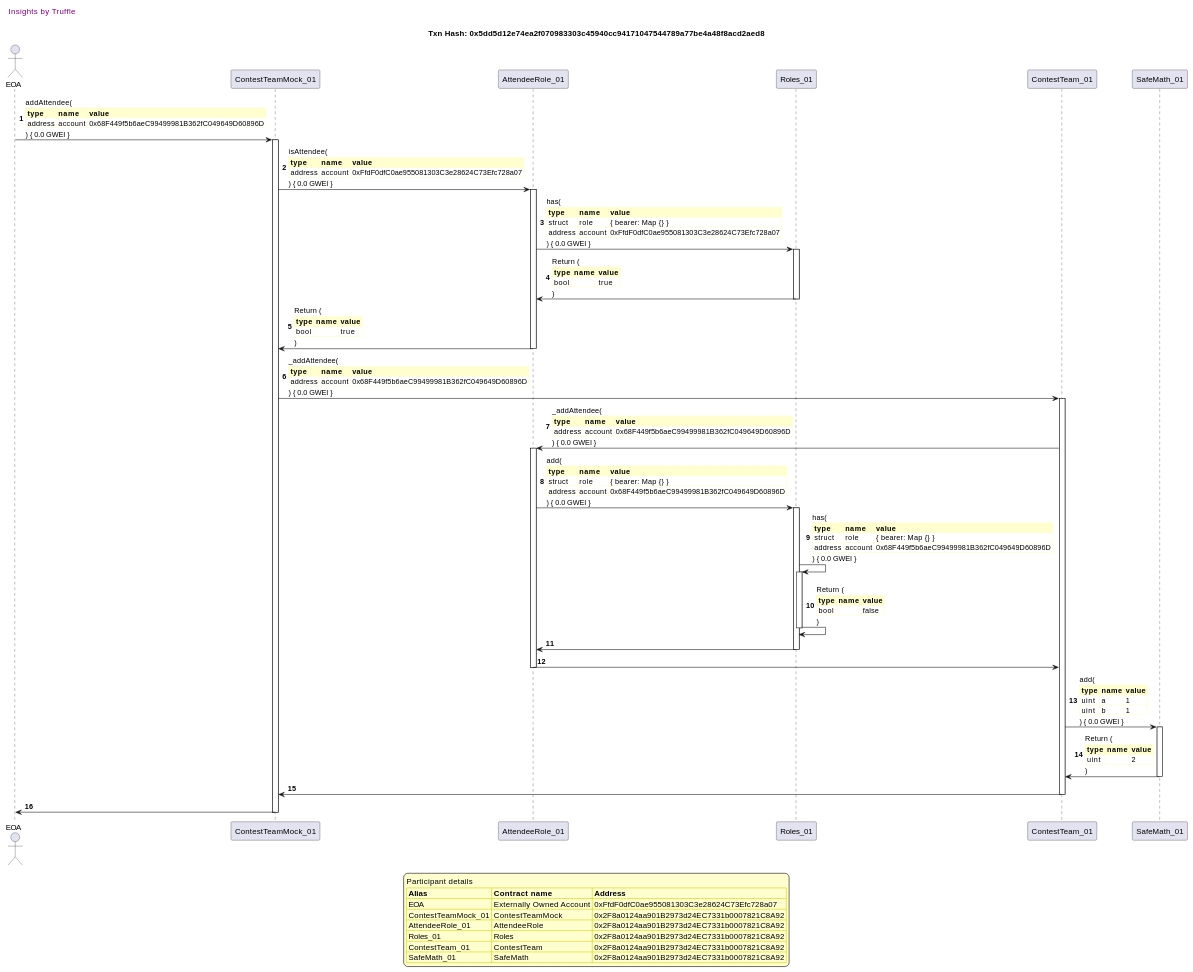
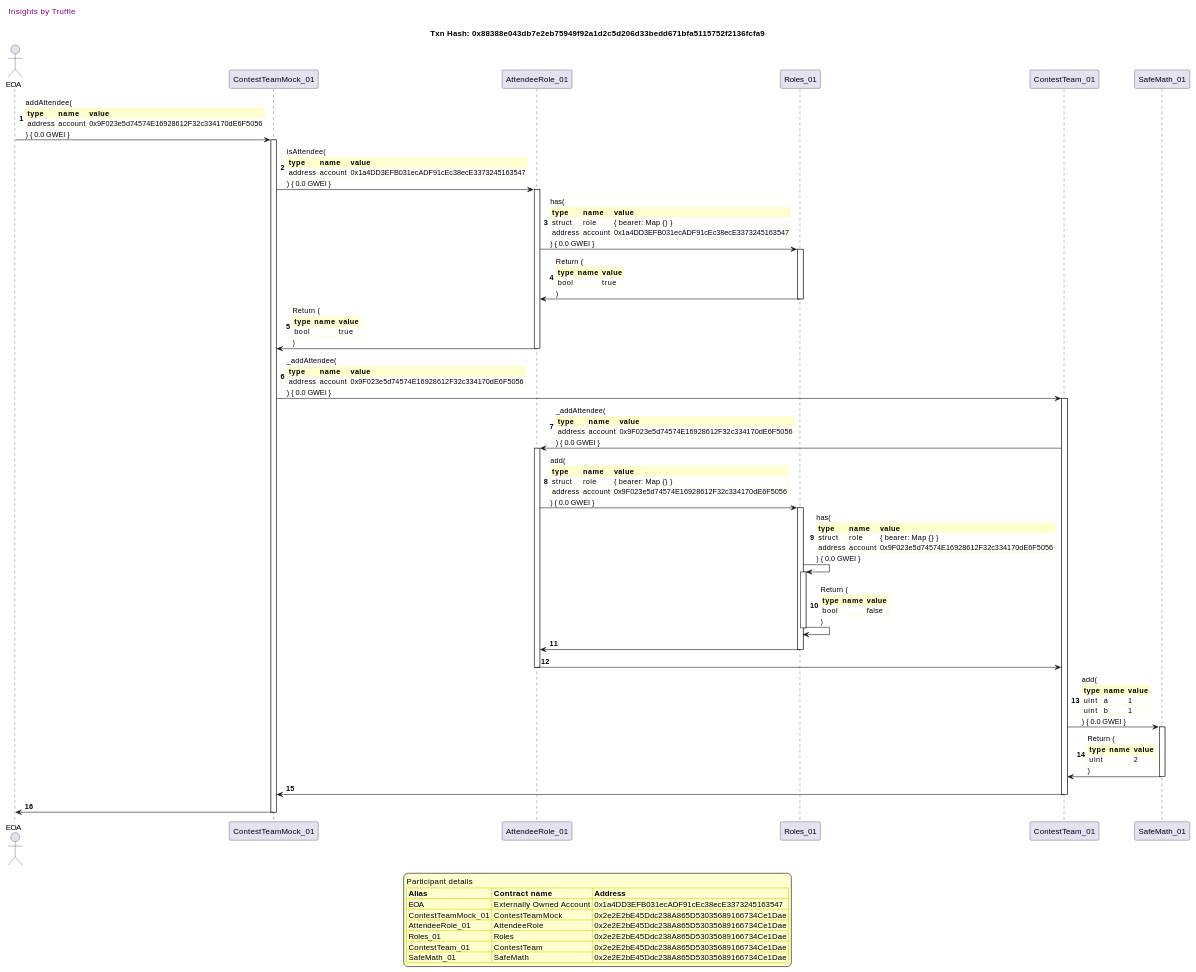
One commit to fodisi/hackapay changed the second of 50 diagrams in truffle-seq/core_contestteam.md. Above: the diagram before and after it, drawn with PlantUML. The commit also changed other lines of this file and 10 other files, not shown here.

```diff
--- a/truffle-seq/core_contestteam.md
+++ b/truffle-seq/core_contestteam.md
@@ -114,7 +114,7 @@
 
 header Insights by Truffle
 
-title Txn Hash: 0x5dd5d12e74ea2f070983303c45940cc94171047544789a77be4a48f8acd2aed8
+title Txn Hash: 0x88388e043db7e2eb75949f92a1d2c5d206d33bedd671bfa5115752f2136fcfa9
 
 
 actor EOA as "EOA"
@@ -126,16 +126,16 @@
 
 "EOA" -> "ContestTeamMock_01" ++: addAttendee(\n\
 <#FEFECE,#FEFECE>|= type |= name |= value |\n\
-| address | account | 0x68F449f5b6aeC99499981B362fC049649D60896D |\n\
+| address | account | 0x9F023e5d74574E16928612F32c334170dE6F5056 |\n\
 ) { 0.0 GWEI }
 "ContestTeamMock_01" -> "AttendeeRole_01" ++: isAttendee(\n\
 <#FEFECE,#FEFECE>|= type |= name |= value |\n\
-| address | account | 0xFfdF0dfC0ae955081303C3e28624C73Efc728a07 |\n\
+| address | account | 0x1a4DD3EFB031ecADF91cEc38ecE3373245163547 |\n\
 ) { 0.0 GWEI }
 "AttendeeRole_01" -> "Roles_01" ++: has(\n\
 <#FEFECE,#FEFECE>|= type |= name |= value |\n\
 | struct | role | { bearer: Map {} } |\n\
-| address | account | 0xFfdF0dfC0ae955081303C3e28624C73Efc728a07 |\n\
+| address | account | 0x1a4DD3EFB031ecADF91cEc38ecE3373245163547 |\n\
 ) { 0.0 GWEI }
 "Roles_01" -> "AttendeeRole_01" --: Return (\n\
 <#FEFECE,#FEFECE>|= type |= name |= value |\n\
@@ -147,21 +147,21 @@
 )
 "ContestTeamMock_01" -> "ContestTeam_01" ++: _addAttendee(\n\
 <#FEFECE,#FEFECE>|= type |= name |= value |\n\
-| address | account | 0x68F449f5b6aeC99499981B362fC049649D60896D |\n\
+| address | account | 0x9F023e5d74574E16928612F32c334170dE6F5056 |\n\
 ) { 0.0 GWEI }
 "ContestTeam_01" -> "AttendeeRole_01" ++: _addAttendee(\n\
 <#FEFECE,#FEFECE>|= type |= name |= value |\n\
-| address | account | 0x68F449f5b6aeC99499981B362fC049649D60896D |\n\
+| address | account | 0x9F023e5d74574E16928612F32c334170dE6F5056 |\n\
 ) { 0.0 GWEI }
 "AttendeeRole_01" -> "Roles_01" ++: add(\n\
 <#FEFECE,#FEFECE>|= type |= name |= value |\n\
 | struct | role | { bearer: Map {} } |\n\
-| address | account | 0x68F449f5b6aeC99499981B362fC049649D60896D |\n\
+| address | account | 0x9F023e5d74574E16928612F32c334170dE6F5056 |\n\
 ) { 0.0 GWEI }
 "Roles_01" -> "Roles_01" ++: has(\n\
 <#FEFECE,#FEFECE>|= type |= name |= value |\n\
 | struct | role | { bearer: Map {} } |\n\
-| address | account | 0x68F449f5b6aeC99499981B362fC049649D60896D |\n\
+| address | account | 0x9F023e5d74574E16928612F32c334170dE6F5056 |\n\
 ) { 0.0 GWEI }
 "Roles_01" -> "Roles_01" --: Return (\n\
 <#FEFECE,#FEFECE>|= type |= name |= value |\n\
@@ -184,12 +184,12 @@
 legend
 Participant details
 <#FEFECE,#D0D000>|= Alias |= Contract name |= Address |
-<#FEFECE>| EOA | Externally Owned Account | 0xFfdF0dfC0ae955081303C3e28624C73Efc728a07 |
-<#FEFECE>| ContestTeamMock_01 | ContestTeamMock | 0x2F8a0124aa901B2973d24EC7331b0007821C8A92 |
-<#FEFECE>| AttendeeRole_01 | AttendeeRole | 0x2F8a0124aa901B2973d24EC7331b0007821C8A92 |
-<#FEFECE>| Roles_01 | Roles | 0x2F8a0124aa901B2973d24EC7331b0007821C8A92 |
-<#FEFECE>| ContestTeam_01 | ContestTeam | 0x2F8a0124aa901B2973d24EC7331b0007821C8A92 |
-<#FEFECE>| SafeMath_01 | SafeMath | 0x2F8a0124aa901B2973d24EC7331b0007821C8A92 |
+<#FEFECE>| EOA | Externally Owned Account | 0x1a4DD3EFB031ecADF91cEc38ecE3373245163547 |
+<#FEFECE>| ContestTeamMock_01 | ContestTeamMock | 0x2e2E2bE45Ddc238A865D53035689166734Ce1Dae |
+<#FEFECE>| AttendeeRole_01 | AttendeeRole | 0x2e2E2bE45Ddc238A865D53035689166734Ce1Dae |
+<#FEFECE>| Roles_01 | Roles | 0x2e2E2bE45Ddc238A865D53035689166734Ce1Dae |
+<#FEFECE>| ContestTeam_01 | ContestTeam | 0x2e2E2bE45Ddc238A865D53035689166734Ce1Dae |
+<#FEFECE>| SafeMath_01 | SafeMath | 0x2e2E2bE45Ddc238A865D53035689166734Ce1Dae |
 endlegend
 
 @enduml
```
